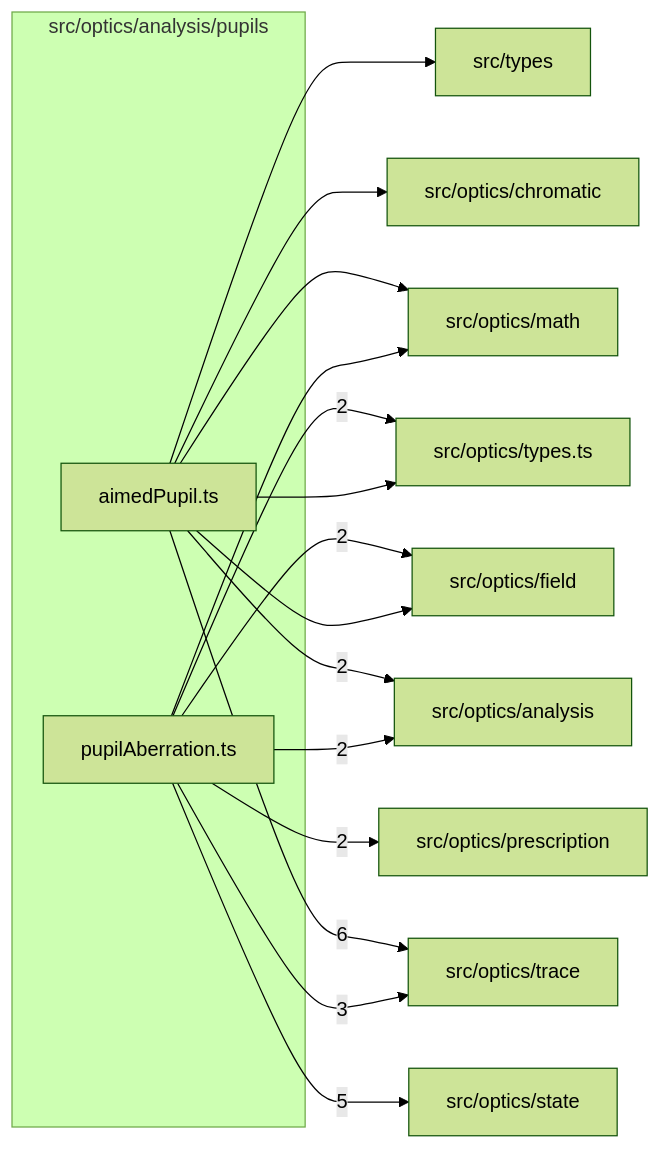
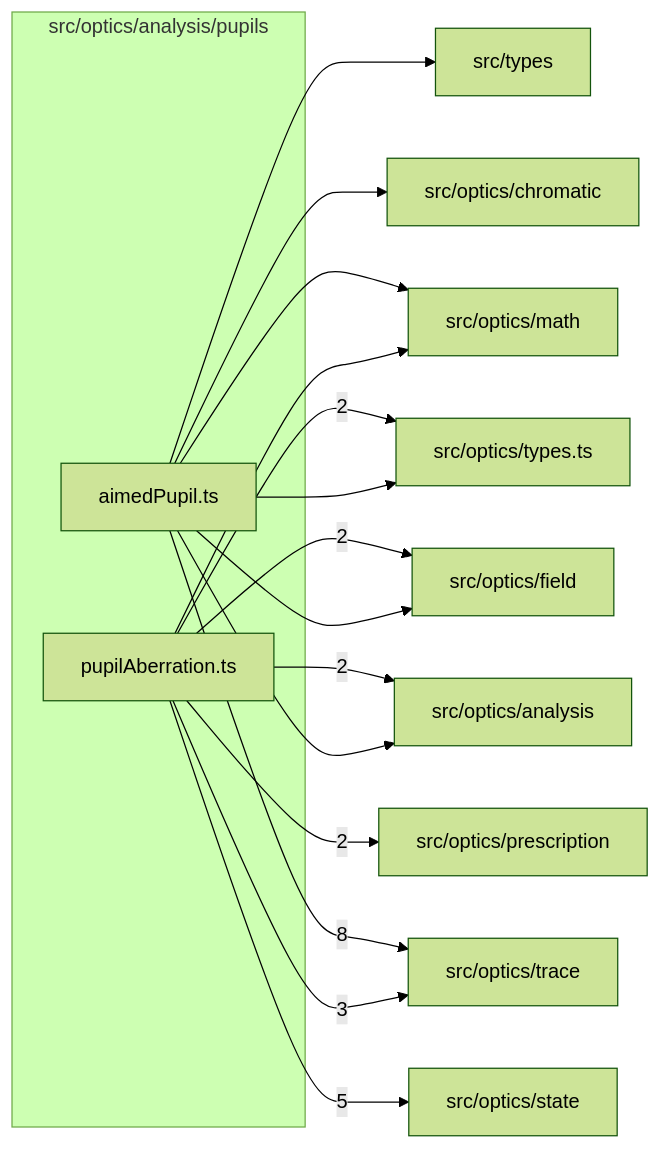
One commit to ronbuening/LensVisualizer changed the diagram in src/optics/analysis/pupils/readme.md. Above: the diagram before and after it, drawn with Mermaid (forest theme). The commit also changed other lines of this file and 7 other files, not shown here.

````diff
--- a/src/optics/analysis/pupils/readme.md
+++ b/src/optics/analysis/pupils/readme.md
@@ -9,30 +9,30 @@
 ```mermaid
 flowchart LR
   subgraph n_src_optics_analysis_pupils["src/optics/analysis/pupils"]
     n_src_optics_analysis_pupils_src_optics_analysis_pupils_aimedPupil_ts["aimedPupil.ts"]
     n_src_optics_analysis_pupils_src_optics_analysis_pupils_pupilAberration_ts["pupilAberration.ts"]
   end
   n_external_src_optics_trace["src/optics/trace"]
   n_external_src_optics_state["src/optics/state"]
   n_external_src_optics_analysis["src/optics/analysis"]
   n_external_src_optics_field["src/optics/field"]
   n_external_src_optics_prescription["src/optics/prescription"]
   n_external_src_optics_types_ts["src/optics/types.ts"]
   n_external_src_optics_chromatic["src/optics/chromatic"]
   n_external_src_optics_math["src/optics/math"]
   n_external_src_types["src/types"]
-  n_src_optics_analysis_pupils_src_optics_analysis_pupils_aimedPupil_ts --> |6| n_external_src_optics_trace
+  n_src_optics_analysis_pupils_src_optics_analysis_pupils_aimedPupil_ts --> |8| n_external_src_optics_trace
   n_src_optics_analysis_pupils_src_optics_analysis_pupils_pupilAberration_ts --> |5| n_external_src_optics_state
   n_src_optics_analysis_pupils_src_optics_analysis_pupils_pupilAberration_ts --> |3| n_external_src_optics_trace
-  n_src_optics_analysis_pupils_src_optics_analysis_pupils_aimedPupil_ts --> |2| n_external_src_optics_analysis
   n_src_optics_analysis_pupils_src_optics_analysis_pupils_pupilAberration_ts --> |2| n_external_src_optics_analysis
   n_src_optics_analysis_pupils_src_optics_analysis_pupils_pupilAberration_ts --> |2| n_external_src_optics_field
   n_src_optics_analysis_pupils_src_optics_analysis_pupils_pupilAberration_ts --> |2| n_external_src_optics_prescription
   n_src_optics_analysis_pupils_src_optics_analysis_pupils_pupilAberration_ts --> |2| n_external_src_optics_types_ts
+  n_src_optics_analysis_pupils_src_optics_analysis_pupils_aimedPupil_ts --> n_external_src_optics_analysis
   n_src_optics_analysis_pupils_src_optics_analysis_pupils_aimedPupil_ts --> n_external_src_optics_chromatic
   n_src_optics_analysis_pupils_src_optics_analysis_pupils_aimedPupil_ts --> n_external_src_optics_field
   n_src_optics_analysis_pupils_src_optics_analysis_pupils_aimedPupil_ts --> n_external_src_optics_math
   n_src_optics_analysis_pupils_src_optics_analysis_pupils_pupilAberration_ts --> n_external_src_optics_math
   n_src_optics_analysis_pupils_src_optics_analysis_pupils_aimedPupil_ts --> n_external_src_optics_types_ts
   n_src_optics_analysis_pupils_src_optics_analysis_pupils_aimedPupil_ts --> n_external_src_types
 ```
````
